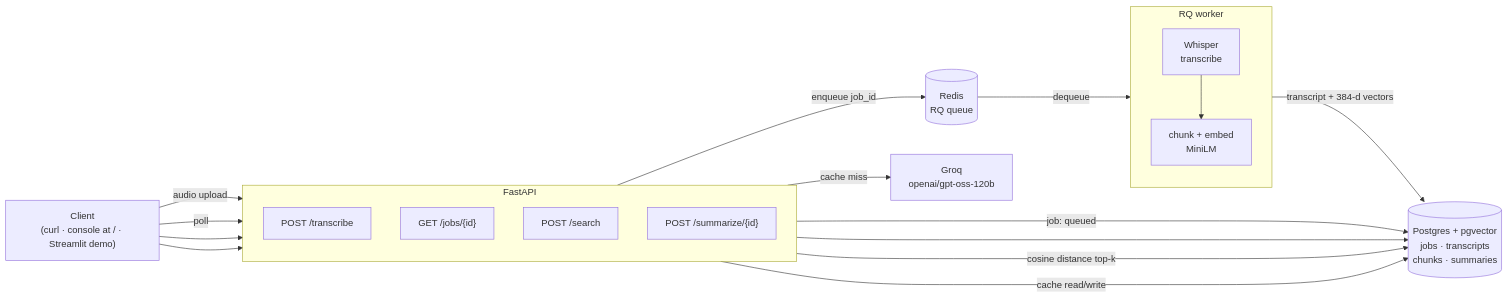
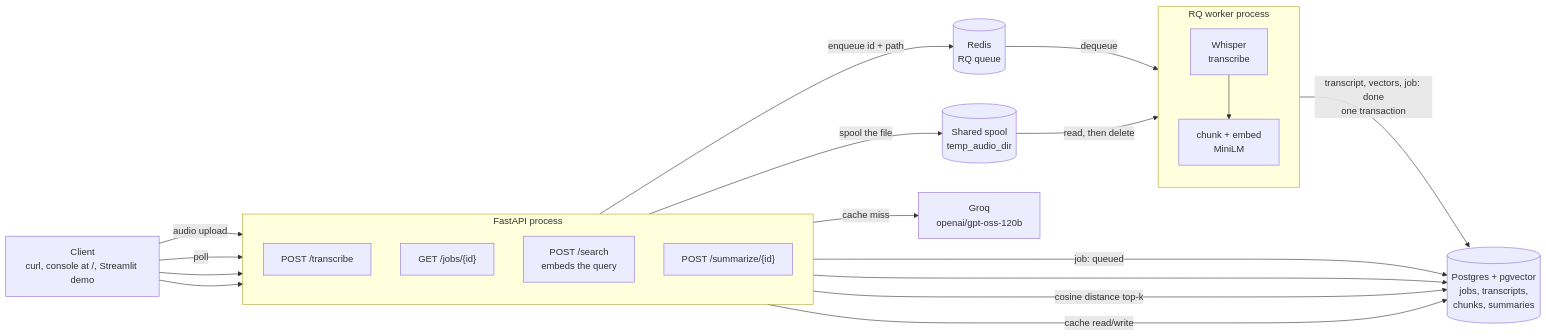
Before and after one commit to AndreaAresu/asr-pipeline: the diagram in README.md, drawn with Mermaid. The commit also changed other lines of this file and 2 other files, not shown here.

````diff
--- a/README.md
+++ b/README.md
@@ -28,37 +28,40 @@
 ```mermaid
 flowchart LR
-    Client["Client<br/>(curl · console at / · Streamlit demo)"]
+    Client["Client<br/>curl, console at /, Streamlit demo"]
 
-    subgraph API["FastAPI"]
+    subgraph API["FastAPI process"]
         direction TB
         T["POST /transcribe"]
         J["GET /jobs/{id}"]
-        S["POST /search"]
+        S["POST /search<br/>embeds the query"]
         Z["POST /summarize/{id}"]
     end
 
+    Spool[("Shared spool<br/>temp_audio_dir")]
     Redis[("Redis<br/>RQ queue")]
 
-    subgraph Worker["RQ worker"]
+    subgraph Worker["RQ worker process"]
         direction TB
         W1["Whisper<br/>transcribe"]
         W2["chunk + embed<br/>MiniLM"]
     end
 
-    PG[("Postgres + pgvector<br/>jobs · transcripts<br/>chunks · summaries")]
+    PG[("Postgres + pgvector<br/>jobs, transcripts,<br/>chunks, summaries")]
     Groq["Groq<br/>openai/gpt-oss-120b"]
 
     Client -->|"audio upload"| T
-    T -->|"enqueue job_id"| Redis
+    T -->|"spool the file"| Spool
     T -->|"job: queued"| PG
+    T -->|"enqueue id + path"| Redis
     Redis -->|"dequeue"| W1
+    Spool -->|"read, then delete"| W1
     W1 --> W2
-    W2 -->|"transcript + 384-d vectors"| PG
+    W2 -->|"transcript, vectors, job: done<br/>one transaction"| PG
     Client -->|"poll"| J
     J --> PG
     Client --> S
     S -->|"cosine distance top-k"| PG
     Client --> Z
     Z -->|"cache miss"| Groq
     Z -->|"cache read/write"| PG
 ```
````
